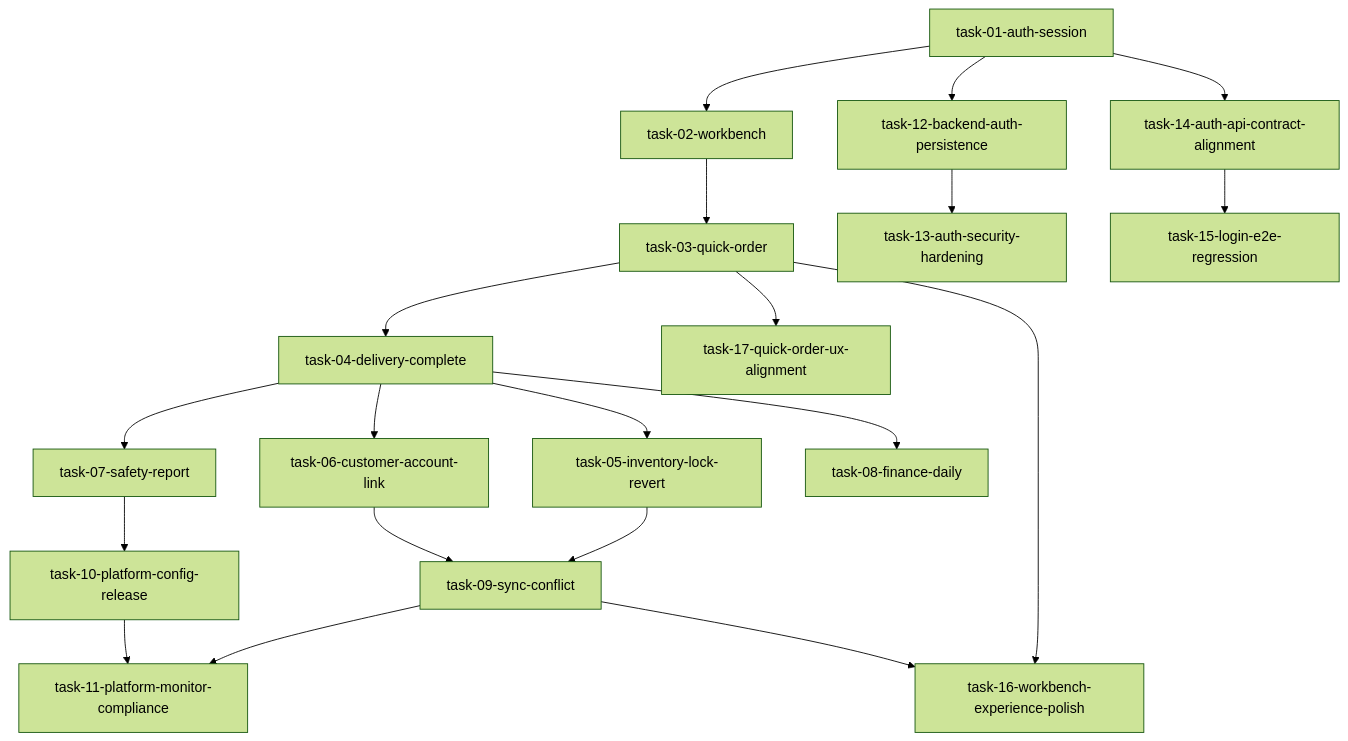
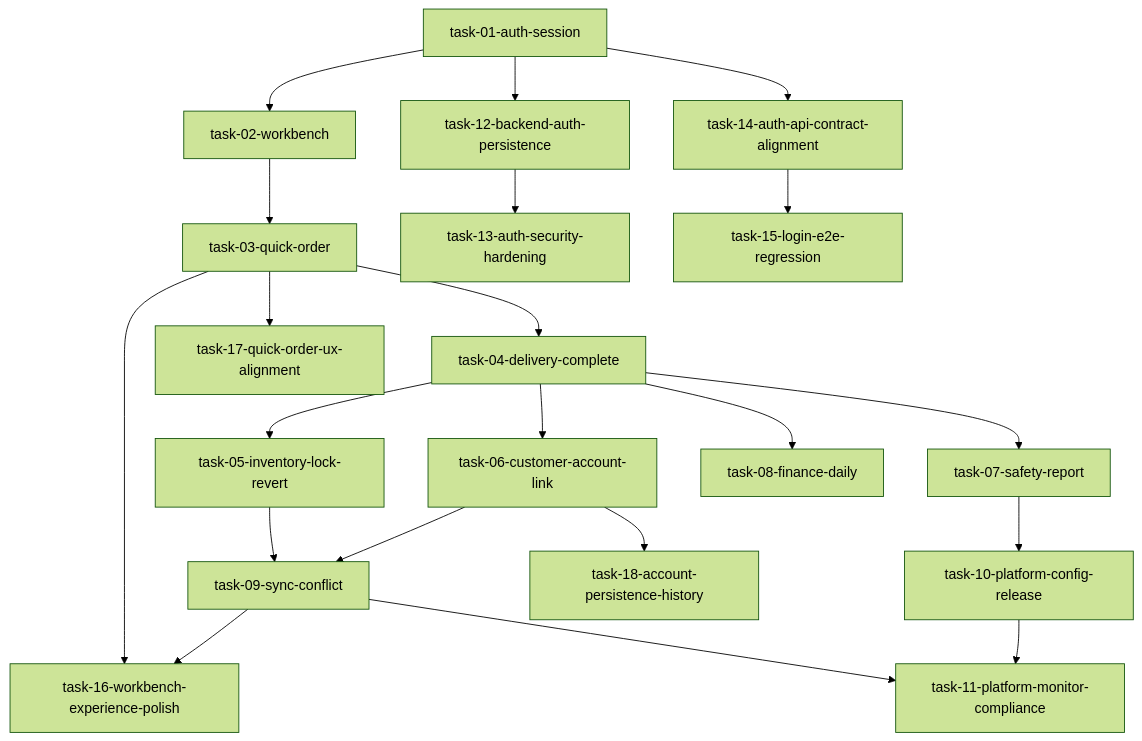
The diagram in .trellis/tasks/feature-task-map.md (PojoZheng/lpg_gas_project), drawn with Mermaid (forest theme) before and after one commit. The commit also changed other lines of this file and 5 other files, not shown here.

Commit message:
chore(trellis): allow local dev commits and add task 18 persistence follow-up

````diff
--- a/.trellis/tasks/feature-task-map.md
+++ b/.trellis/tasks/feature-task-map.md
@@ -18,22 +19,23 @@
 ```mermaid
 flowchart TD
 t01[task-01-auth-session] --> t02[task-02-workbench]
 t02 --> t03[task-03-quick-order]
 t03 --> t04[task-04-delivery-complete]
 t04 --> t05[task-05-inventory-lock-revert]
 t04 --> t06[task-06-customer-account-link]
 t04 --> t07[task-07-safety-report]
 t04 --> t08[task-08-finance-daily]
 t05 --> t09[task-09-sync-conflict]
 t06 --> t09
 t07 --> t10[task-10-platform-config-release]
 t09 --> t11[task-11-platform-monitor-compliance]
 t10 --> t11
 t01 --> t12[task-12-backend-auth-persistence]
 t12 --> t13[task-13-auth-security-hardening]
 t01 --> t14[task-14-auth-api-contract-alignment]
 t14 --> t15[task-15-login-e2e-regression]
 t03 --> t16[task-16-workbench-experience-polish]
 t09 --> t16
 t03 --> t17[task-17-quick-order-ux-alignment]
+t06 --> t18[task-18-account-persistence-history]
 ```
````
